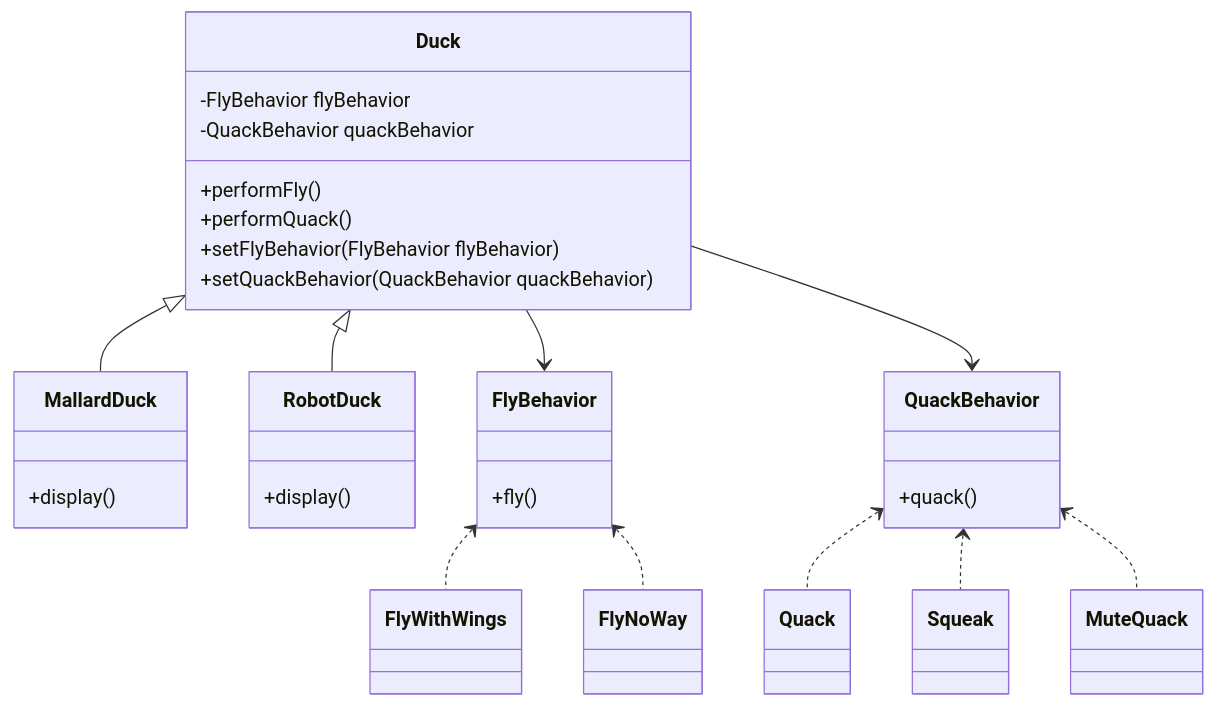
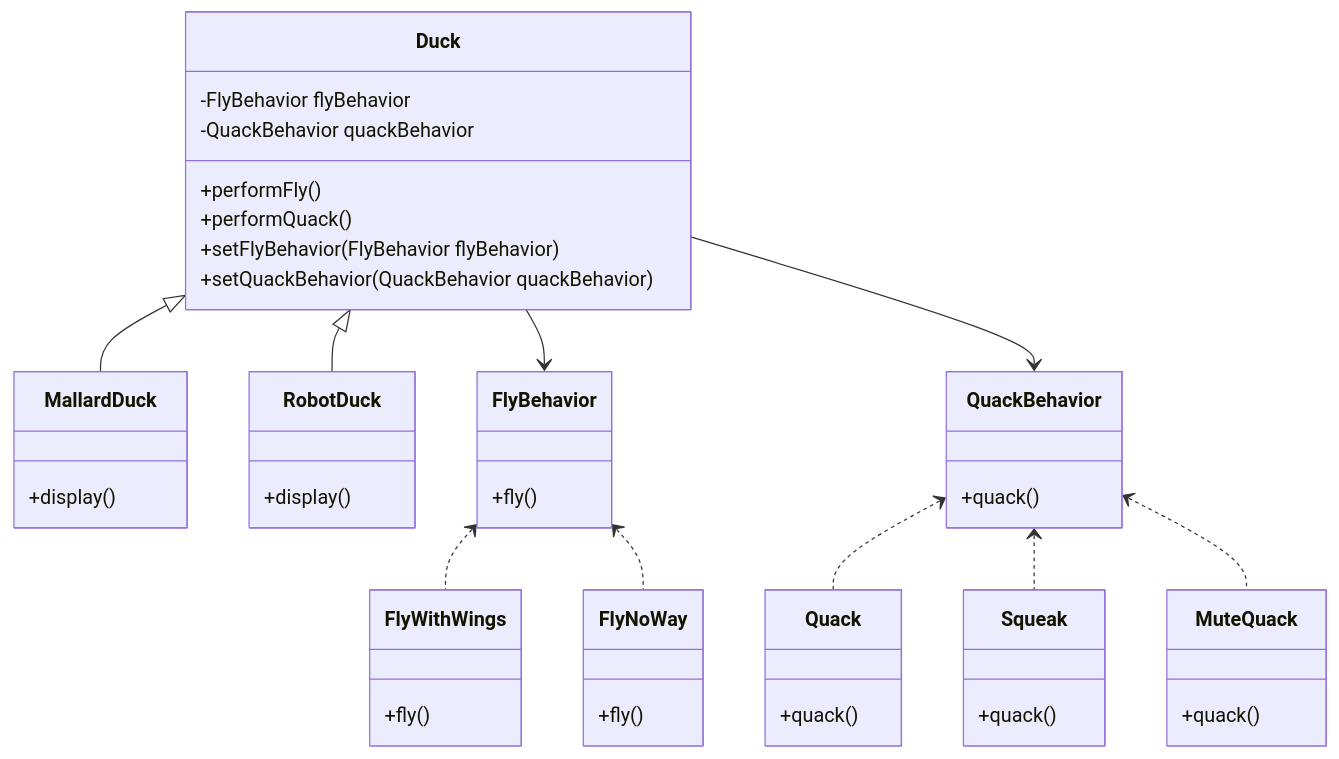
One commit to natan-hespanhol/DesignPatternsStudies changed the second of 2 diagrams in src/chap_1_duckSimulator/README.md. Above: the diagram before and after it, drawn with Mermaid. The commit also changed other lines of this file, not shown here.

````diff
--- a/src/chap_1_duckSimulator/README.md
+++ b/src/chap_1_duckSimulator/README.md
@@ -49,27 +49,32 @@
 ```mermaid
 classDiagram
     Duck <|-- MallardDuck
     Duck <|-- RobotDuck
 
     Duck : -FlyBehavior flyBehavior
     Duck : -QuackBehavior quackBehavior
     Duck: +performFly()
     Duck: +performQuack()
     Duck: +setFlyBehavior(FlyBehavior flyBehavior)
     Duck: +setQuackBehavior(QuackBehavior quackBehavior)
 
     MallardDuck: +display()
     RobotDuck: +display()
     
     Duck --> FlyBehavior
     FlyBehavior: +fly()
     FlyBehavior <.. FlyWithWings
+    FlyWithWings: +fly()
     FlyBehavior <.. FlyNoWay
+    FlyNoWay: +fly()
     
     Duck --> QuackBehavior
     QuackBehavior: +quack()
     QuackBehavior <.. Quack
+    Quack: +quack()
     QuackBehavior <.. Squeak
+    Squeak: +quack()
     QuackBehavior <.. MuteQuack
+    MuteQuack: +quack()
     
 ```
````
